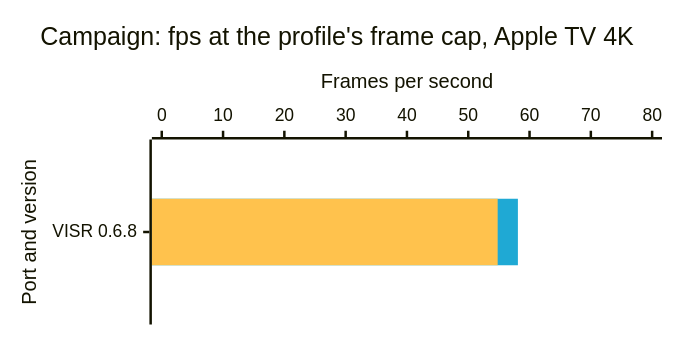
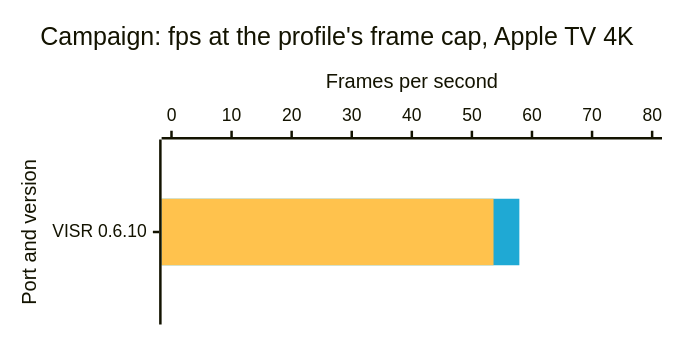
One commit to VISR-CE/visr changed the sixth of 8 diagrams in docs/benchmarks.md. Above: the diagram before and after it, drawn with Mermaid. The commit also changed other lines of this file and 7 other files, not shown here.

````diff
--- a/docs/benchmarks.md
+++ b/docs/benchmarks.md
@@ -168,17 +168,17 @@
 ```mermaid
 ---
 config:
   xyChart:
     width: 520
     height: 250
   themeVariables:
     xyChart:
       plotColorPalette: "#1fa9d4, #ffc24d"
 ---
 xychart-beta horizontal
     title "Campaign: fps at the profile's frame cap, Apple TV 4K"
-    x-axis "Port and version" ["VISR 0.6.8"]
+    x-axis "Port and version" ["VISR 0.6.10"]
     y-axis "Frames per second" 0 --> 80
-    bar [58.1]
-    bar [54.8]
+    bar [57.9]
+    bar [53.6]
 ```
````
